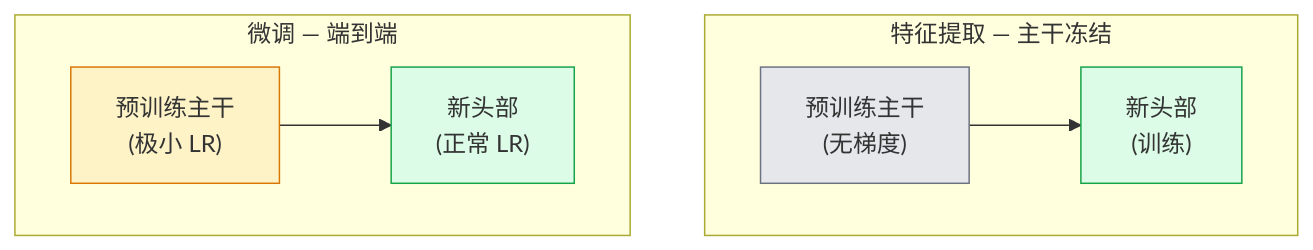
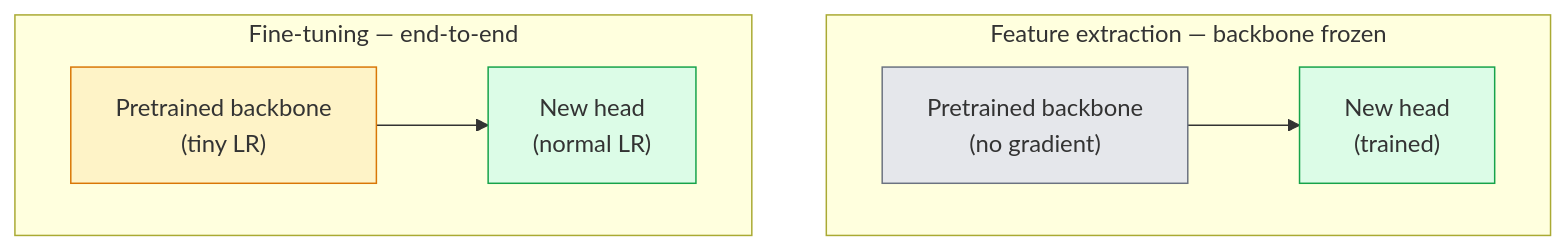
One commit to xiaojiaenen/ai-engineering-from-scratch-zh changed the diagram in i18n/zh/phases/04-computer-vision/05-transfer-learning/docs/zh.md. Above: the diagram before and after it, drawn with Mermaid. The commit also changed other lines of this file and 28 other files, not shown here.

````diff
--- a/i18n/zh/phases/04-computer-vision/05-transfer-learning/docs/zh.md
+++ b/i18n/zh/phases/04-computer-vision/05-transfer-learning/docs/zh.md
@@ -31,14 +31,14 @@
 ```mermaid
 flowchart TB
-    subgraph FE["特征提取 — 主干冻结"]
-        FE1["预训练主干<br/>(无梯度)"] --> FE2["新头部<br/>(训练)"]
+    subgraph FE["Feature extraction — backbone frozen"]
+        FE1["Pretrained backbone<br/>(no gradient)"] --> FE2["New head<br/>(trained)"]
     end
-    subgraph FT["微调 — 端到端"]
-        FT1["预训练主干<br/>(极小 LR)"] --> FT2["新头部<br/>(正常 LR)"]
+    subgraph FT["Fine-tuning — end-to-end"]
+        FT1["Pretrained backbone<br/>(tiny LR)"] --> FT2["New head<br/>(normal LR)"]
     end
 
     style FE1 fill:#e5e7eb,stroke:#6b7280
     style FE2 fill:#dcfce7,stroke:#16a34a
     style FT1 fill:#fef3c7,stroke:#d97706
     style FT2 fill:#dcfce7,stroke:#16a34a
 ```
````
